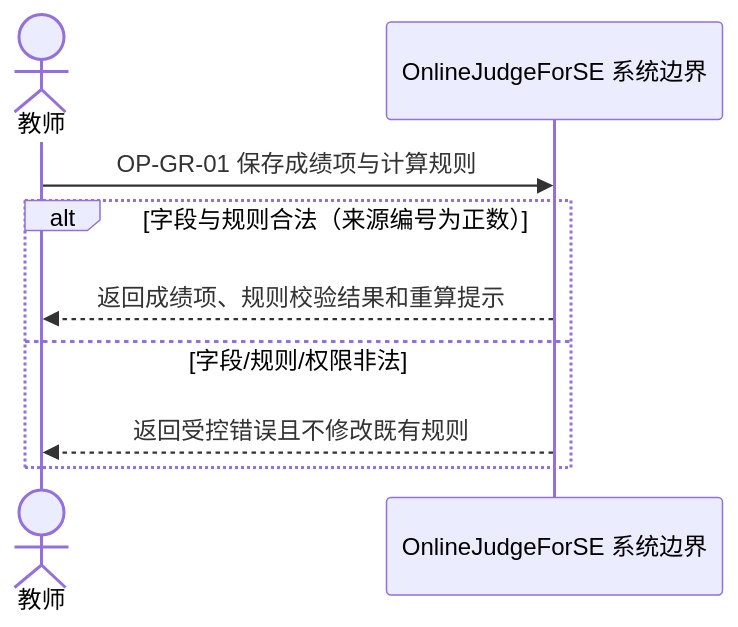
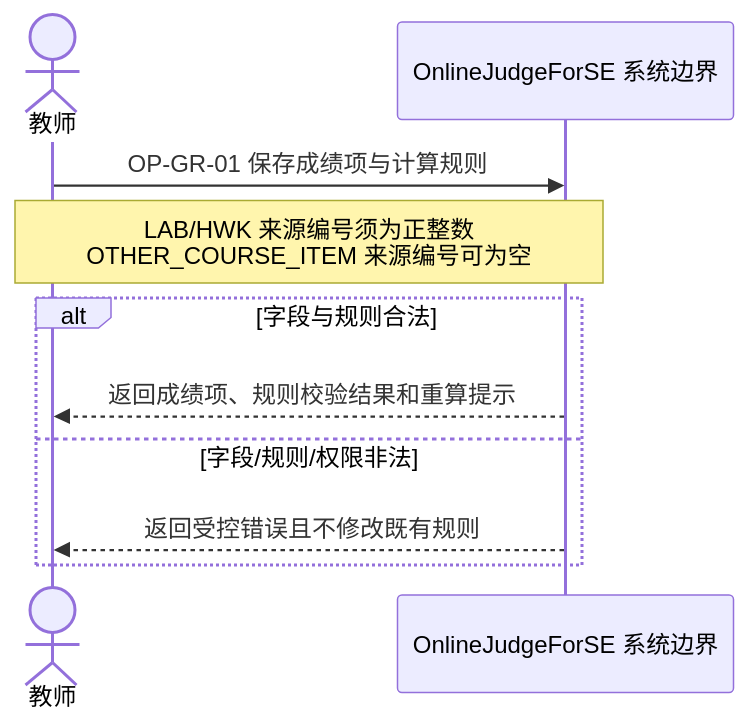
One commit to Cr4zyorange/OnlineJudge changed the diagram in docs/diagrams/srs/fig_4_20_grade_item_config_ssd.mmd. Above: the diagram before and after it, drawn with Mermaid. The commit also changed 8 other files, not shown here.

```diff
--- a/docs/diagrams/srs/fig_4_20_grade_item_config_ssd.mmd
+++ b/docs/diagrams/srs/fig_4_20_grade_item_config_ssd.mmd
@@ -1,9 +1,10 @@
 sequenceDiagram
   actor Teacher as 教师
   participant System as OnlineJudgeForSE 系统边界
   Teacher->>System: OP-GR-01 保存成绩项与计算规则
-  alt 字段与规则合法（来源编号为正数）
+  Note over Teacher,System: LAB/HWK 来源编号须为正整数<br/>OTHER_COURSE_ITEM 来源编号可为空
+  alt 字段与规则合法
     System-->>Teacher: 返回成绩项、规则校验结果和重算提示
   else 字段/规则/权限非法
     System-->>Teacher: 返回受控错误且不修改既有规则
   end
```
